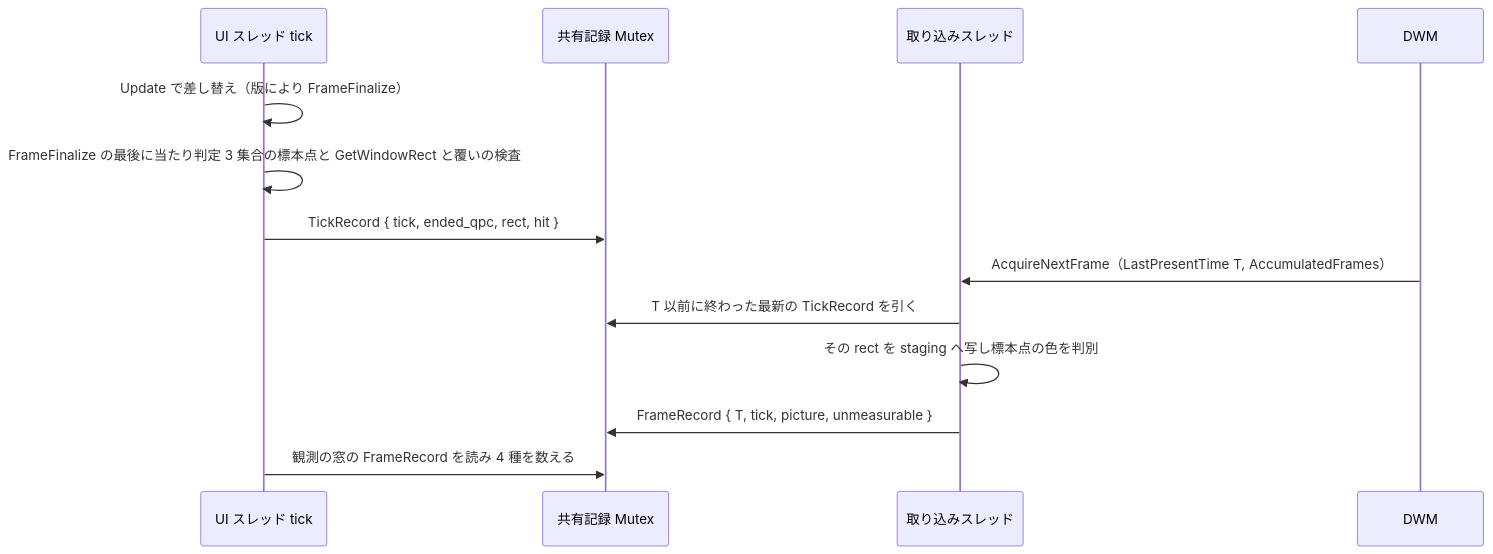
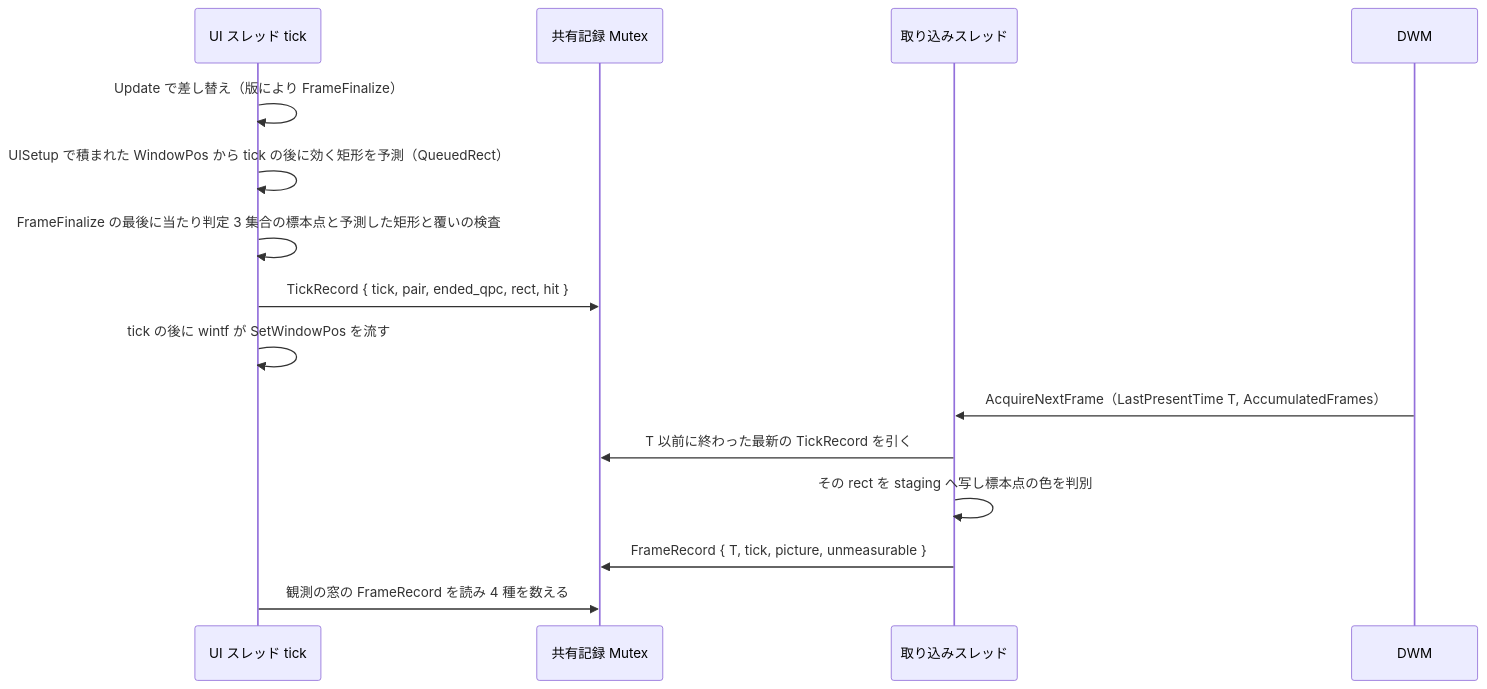
One commit to ekicyou/areka changed the third of 3 diagrams in .kiro/specs/pilot-balloon-asset-swap/design.md. Above: the diagram before and after it, drawn with Mermaid. The commit also changed other lines of this file and 1 other file, not shown here.

````diff
--- a/.kiro/specs/pilot-balloon-asset-swap/design.md
+++ b/.kiro/specs/pilot-balloon-asset-swap/design.md
@@ -178,15 +178,17 @@
 ```mermaid
 sequenceDiagram
     participant UI as UI スレッド tick
     participant Shared as 共有記録 Mutex
     participant Cap as 取り込みスレッド
     participant DWM as DWM
     UI->>UI: Update で差し替え（版により FrameFinalize）
-    UI->>UI: FrameFinalize の最後に当たり判定 3 集合の標本点と GetWindowRect と覆いの検査
-    UI->>Shared: TickRecord { tick, ended_qpc, rect, hit }
+    UI->>UI: UISetup で積まれた WindowPos から tick の後に効く矩形を予測（QueuedRect）
+    UI->>UI: FrameFinalize の最後に当たり判定 3 集合の標本点と予測した矩形と覆いの検査
+    UI->>Shared: TickRecord { tick, pair, ended_qpc, rect, hit }
+    UI->>UI: tick の後に wintf が SetWindowPos を流す
     DWM->>Cap: AcquireNextFrame（LastPresentTime T, AccumulatedFrames）
     Cap->>Shared: T 以前に終わった最新の TickRecord を引く
     Cap->>Cap: その rect を staging へ写し標本点の色を判別
     Cap->>Shared: FrameRecord { T, tick, picture, unmeasurable }
     UI->>Shared: 観測の窓の FrameRecord を読み 4 種を数える
 ```
````
